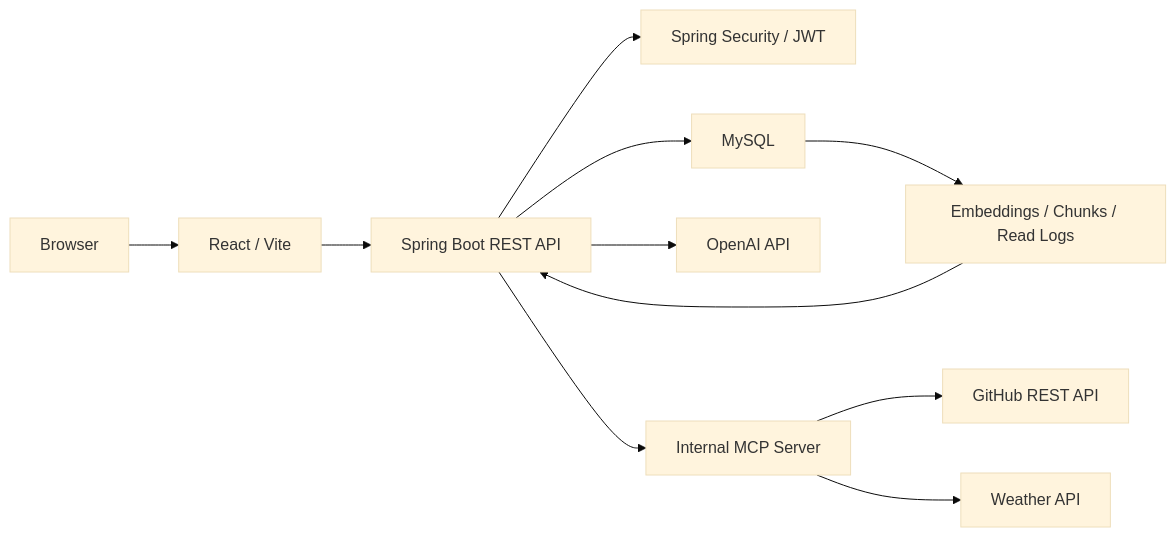
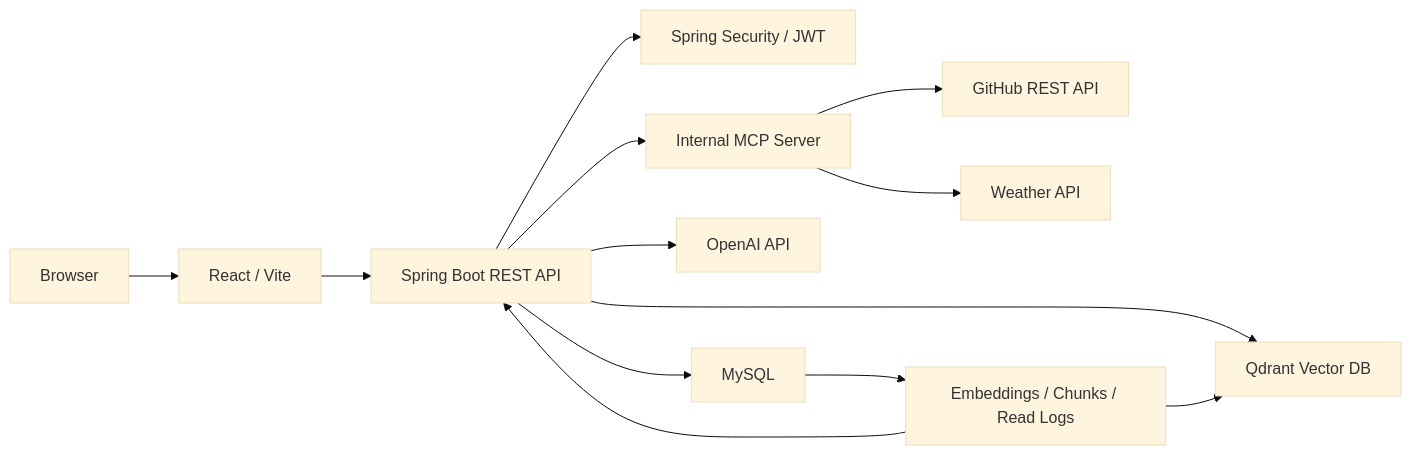
Before and after one commit to Jungle-12-303/week15-16_team03_ai_board_lab: the first of 4 diagrams in README.md, drawn with Mermaid (base theme). The commit also changed other lines of this file and 8 other files, not shown here.

````diff
--- a/README.md
+++ b/README.md
@@ -65,13 +89,15 @@
 ```mermaid
 flowchart LR
     User["Browser"] --> React["React / Vite"]
     React --> Api["Spring Boot REST API"]
     Api --> Auth["Spring Security / JWT"]
     Api --> MySQL["MySQL"]
+    Api --> Qdrant["Qdrant Vector DB"]
     Api --> OpenAI["OpenAI API"]
     Api --> MCP["Internal MCP Server"]
     MCP --> GitHub["GitHub REST API"]
     MCP --> Weather["Weather API"]
     MySQL --> RAG["Embeddings / Chunks / Read Logs"]
+    RAG --> Qdrant
     RAG --> Api
 ```
````
